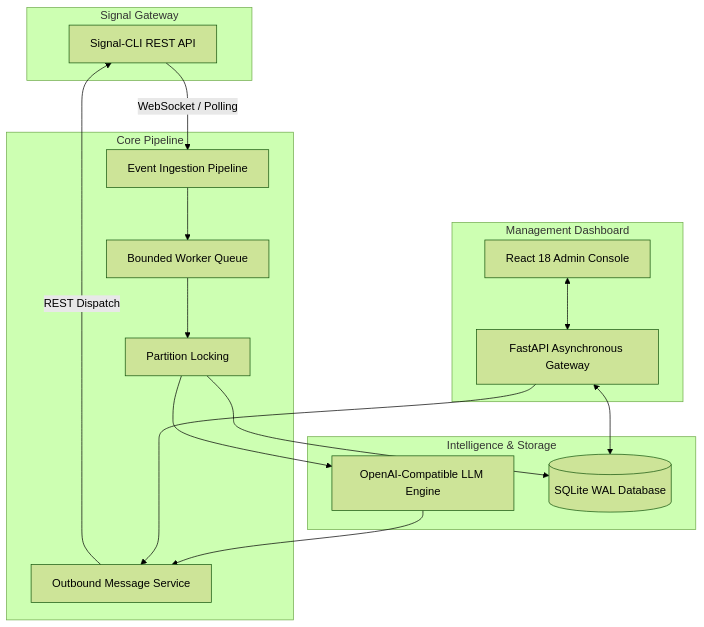
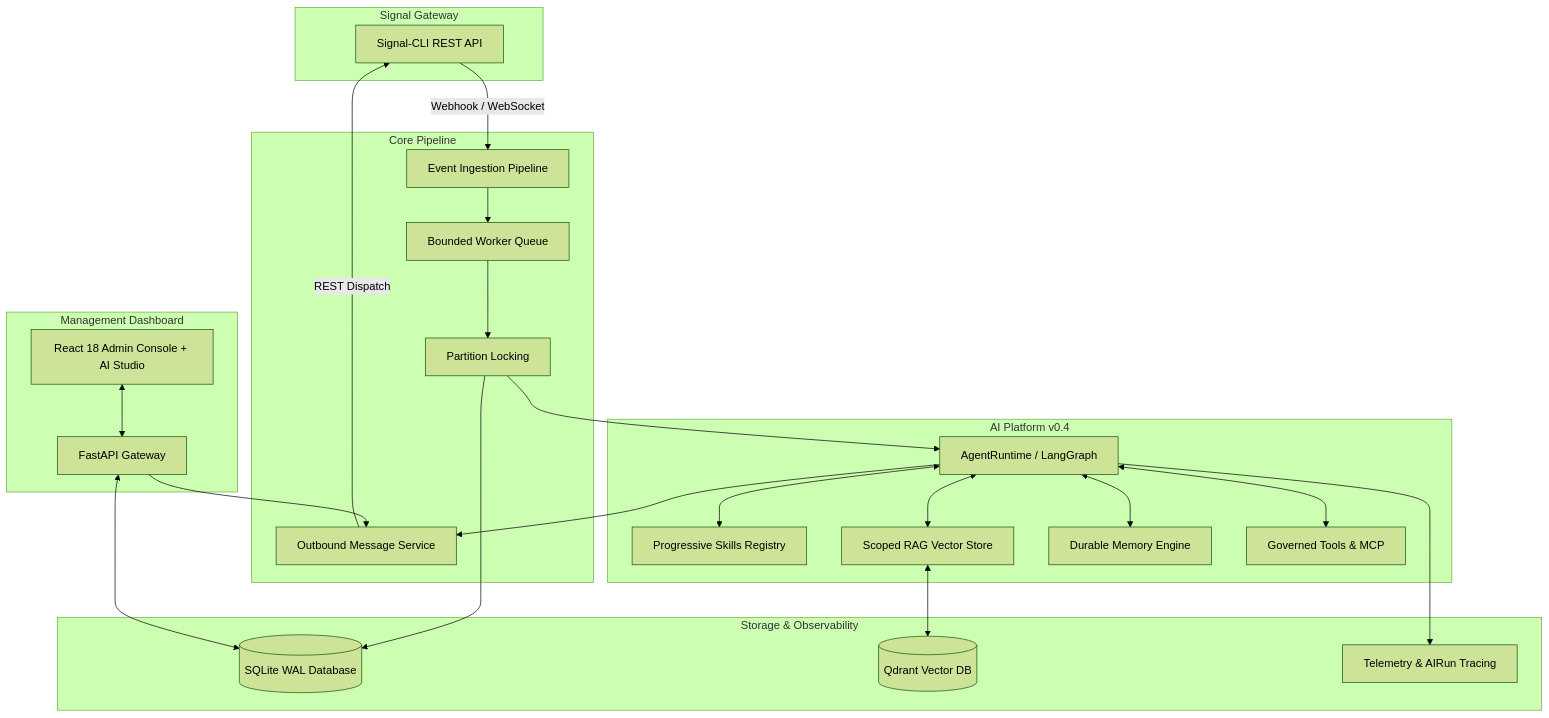
The diagram in README.md (yuanweize/signal-ai-agent-platform), drawn with Mermaid (forest theme) before and after one commit. The commit also changed other lines of this file and 13 other files, not shown here.

Commit message:
docs: add AI platform technical documentation, CI benchmarks, and Qdrant sidecar

````diff
--- a/README.md
+++ b/README.md
@@ -75,34 +90,49 @@
 ```mermaid
 graph TD
     subgraph Signal Gateway
         SG[Signal-CLI REST API]
     end
 
     subgraph Core Pipeline
         EV[Event Ingestion Pipeline]
         WQ[Bounded Worker Queue]
         PL[Partition Locking]
         OMS[Outbound Message Service]
     end
 
-    subgraph Intelligence & Storage
-        AI[OpenAI-Compatible LLM Engine]
+    subgraph AI Platform v0.4
+        AR[AgentRuntime / LangGraph]
+        SK[Progressive Skills Registry]
+        RAG[Scoped RAG Vector Store]
+        MEM[Durable Memory Engine]
+        TR[Governed Tools & MCP]
+    end
+
+    subgraph Storage & Observability
         DB[(SQLite WAL Database)]
+        QD[(Qdrant Vector DB)]
+        TRC[Telemetry & AIRun Tracing]
     end
 
     subgraph Management Dashboard
-        UI[React 18 Admin Console]
-        API[FastAPI Asynchronous Gateway]
+        UI[React 18 Admin Console + AI Studio]
+        API[FastAPI Gateway]
     end
 
-    SG -- WebSocket / Polling --> EV
+    SG -- Webhook / WebSocket --> EV
     EV --> WQ
     WQ --> PL
-    PL --> AI
+    PL --> AR
     PL --> DB
-    AI --> OMS
+    AR <--> SK
+    AR <--> RAG
+    AR <--> MEM
+    AR <--> TR
+    RAG <--> QD
+    AR --> TRC
+    AR --> OMS
     OMS -- REST Dispatch --> SG
     API <--> DB
     UI <--> API
     API --> OMS
 ```
````
